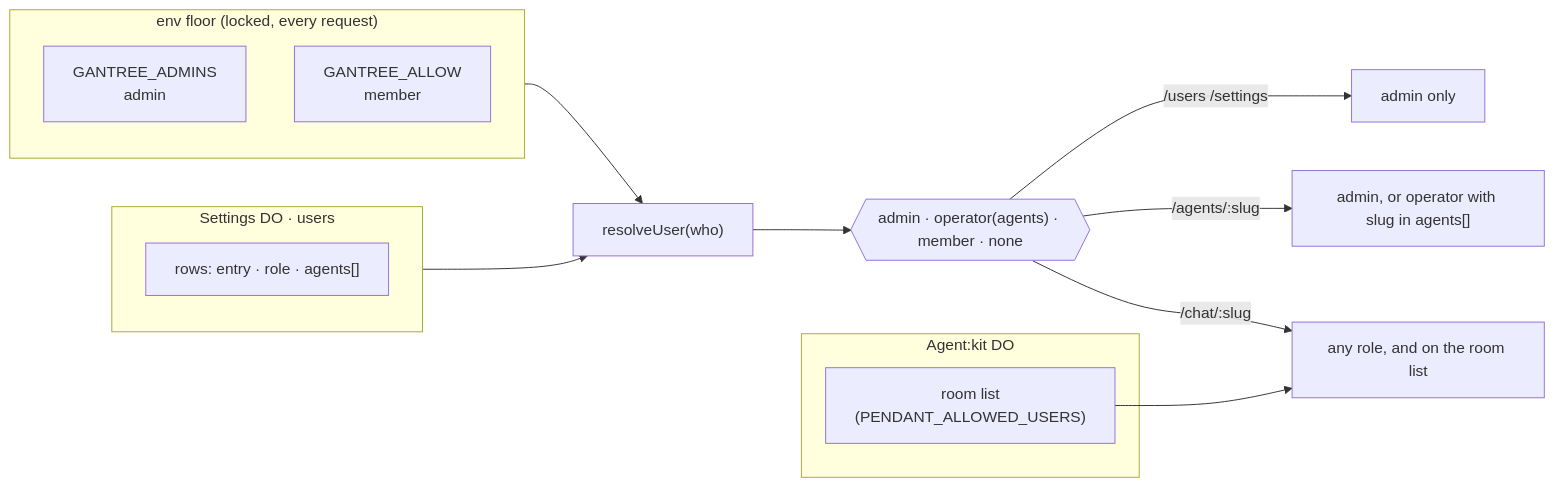
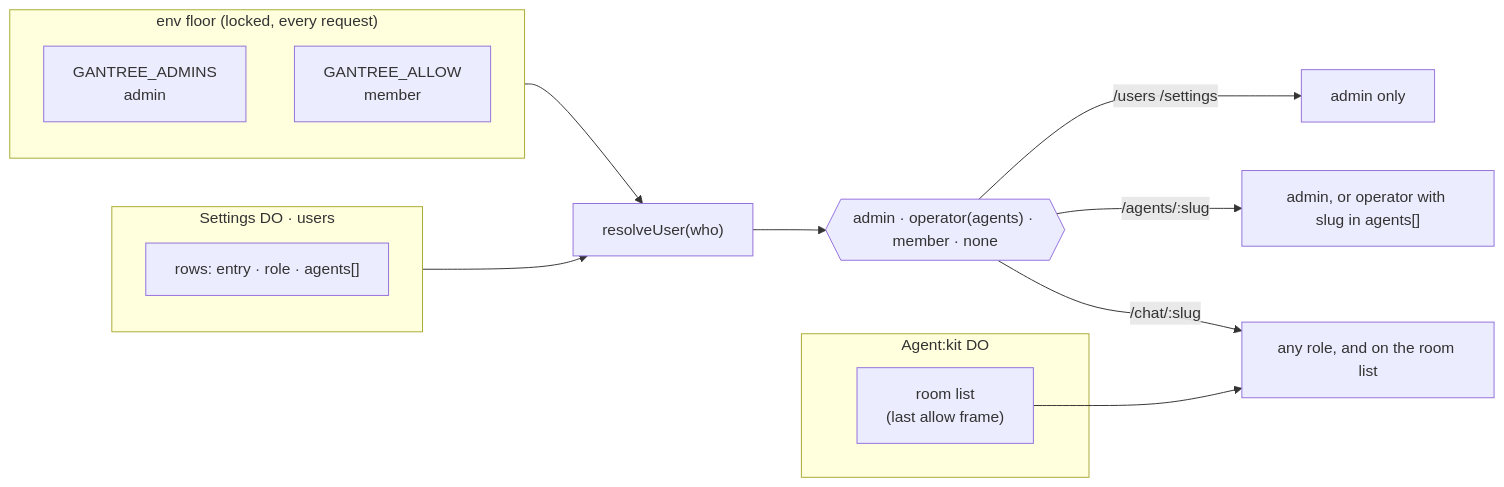
Before and after one commit to shotah/gantree2: the ninth of 14 diagrams in docs/architecture.md, drawn with Mermaid. The commit also changed other lines of this file and 1526 other files, not shown here.

````diff
--- a/docs/architecture.md
+++ b/docs/architecture.md
@@ -337,21 +350,21 @@
 ```mermaid
 flowchart LR
   subgraph floor["env floor (locked, every request)"]
     AD["GANTREE_ADMINS<br/>admin"]
     AL["GANTREE_ALLOW<br/>member"]
   end
   subgraph store["Settings DO · users"]
     ROWS["rows: entry · role · agents[] "]
   end
   subgraph agent["Agent:kit DO"]
-    ROOM["room list<br/>(PENDANT_ALLOWED_USERS)"]
+    ROOM["room list<br/>(last allow frame)"]
   end
 
   floor --> RES
   store --> RES
   RES["resolveUser(who)"] --> ROLE{{"admin · operator(agents) · member · none"}}
   ROLE -- "/users /settings" --> ADMIN[admin only]
   ROLE -- "/agents/:slug" --> OP["admin, or operator with slug in agents[]"]
   ROLE -- "/chat/:slug" --> CHAT["any role, and on the room list"]
   ROOM --> CHAT
 ```
````
